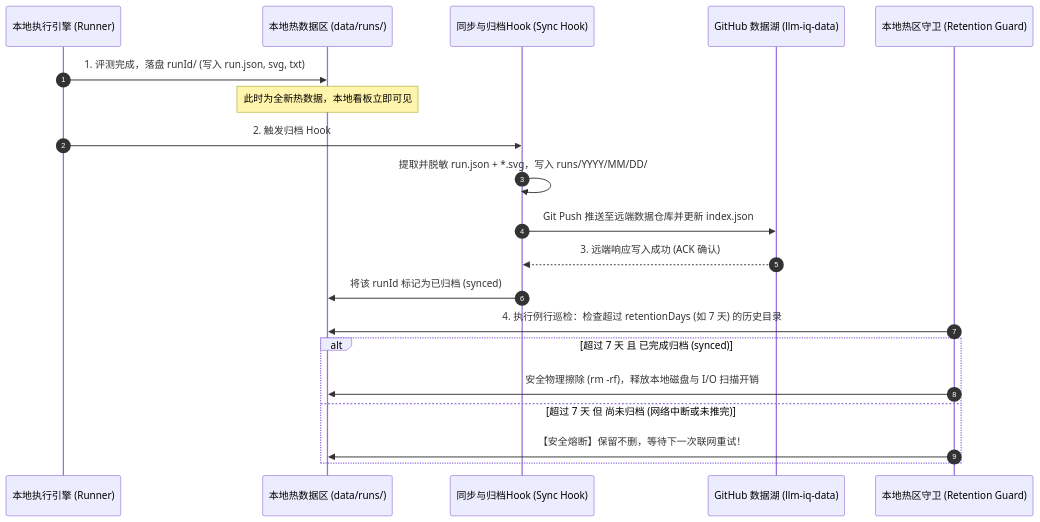
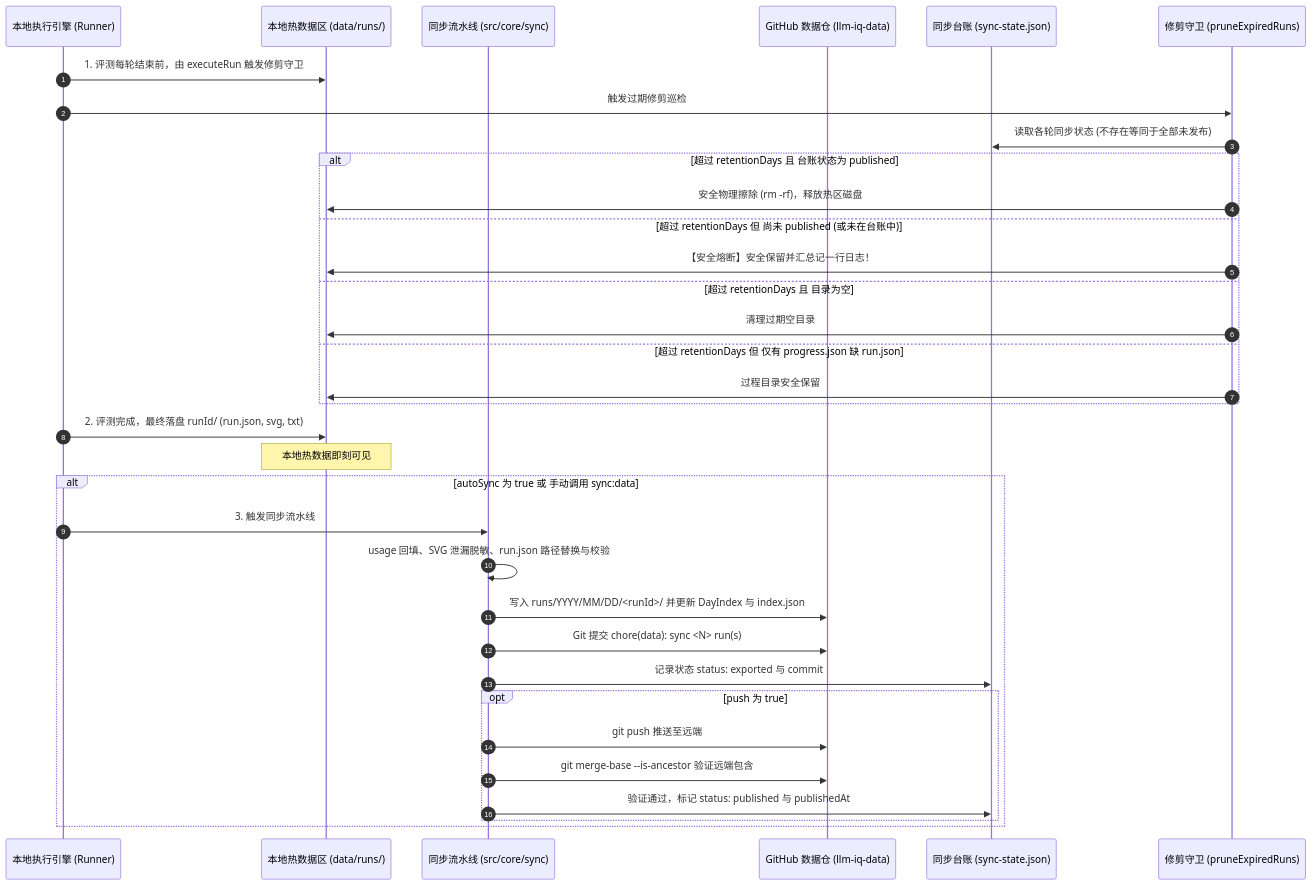
The second of 2 diagrams in docs/data-sync-architecture.md (meomeo-dev/llm-iq-dashboard), drawn with Mermaid before and after one commit. The commit also changed other lines of this file and 24 other files, not shown here.

````diff
--- a/docs/data-sync-architecture.md
+++ b/docs/data-sync-architecture.md
@@ -92,23 +92,37 @@
 ```mermaid
 sequenceDiagram
     autonumber
     participant Runner as 本地执行引擎 (Runner)
     participant HotDir as 本地热数据区 (data/runs/)
-    participant Hook as 同步与归档Hook (Sync Hook)
-    participant ColdRepo as GitHub 数据湖 (llm-iq-data)
-    participant Guard as 本地热区守卫 (Retention Guard)
+    participant Hook as 同步流水线 (src/core/sync)
+    participant ColdRepo as GitHub 数据仓 (llm-iq-data)
+    participant Ledger as 同步台账 (sync-state.json)
+    participant Guard as 修剪守卫 (pruneExpiredRuns)
 
-    Runner->>HotDir: 1. 评测完成，落盘 runId/ (写入 run.json, svg, txt)
-    Note over HotDir: 此时为全新热数据，本地看板立即可见
-    Runner->>Hook: 2. 触发归档 Hook
-    Hook->>Hook: 提取并脱敏 run.json + *.svg，写入 runs/YYYY/MM/DD/
-    Hook->>ColdRepo: Git Push 推送至远端数据仓库并更新 index.json
-    ColdRepo-->>Hook: 3. 远端响应写入成功 (ACK 确认)
-    Hook->>HotDir: 将该 runId 标记为已归档 (synced)
-    Guard->>HotDir: 4. 执行例行巡检：检查超过 retentionDays (如 7 天) 的历史目录
-    alt 超过 7 天 且 已完成归档 (synced)
-        Guard->>HotDir: 安全物理擦除 (rm -rf)，释放本地磁盘与 I/O 扫描开销
-    else 超过 7 天 但 尚未归档 (网络中断或未推完)
-        Guard->>HotDir: 【安全熔断】保留不删，等待下一次联网重试！
+    Runner->>HotDir: 1. 评测每轮结束前，由 executeRun 触发修剪守卫
+    Runner->>Guard: 触发过期修剪巡检
+    Guard->>Ledger: 读取各轮同步状态 (不存在等同于全部未发布)
+    alt 超过 retentionDays 且 台账状态为 published
+        Guard->>HotDir: 安全物理擦除 (rm -rf)，释放热区磁盘
+    else 超过 retentionDays 但 尚未 published (或未在台账中)
+        Guard->>HotDir: 【安全熔断】安全保留并汇总记一行日志！
+    else 超过 retentionDays 且 目录为空
+        Guard->>HotDir: 清理过期空目录
+    else 超过 retentionDays 但 仅有 progress.json 缺 run.json
+        Guard->>HotDir: 过程目录安全保留
+    end
+    Runner->>HotDir: 2. 评测完成，最终落盘 runId/ (run.json, svg, txt)
+    Note over HotDir: 本地热数据即刻可见
+    alt autoSync 为 true 或 手动调用 sync:data
+        Runner->>Hook: 3. 触发同步流水线
+        Hook->>Hook: usage 回填、SVG 泄漏脱敏、run.json 路径替换与校验
+        Hook->>ColdRepo: 写入 runs/YYYY/MM/DD/<runId>/ 并更新 DayIndex 与 index.json
+        Hook->>ColdRepo: Git 提交 chore(data): sync <N> run(s)
+        Hook->>Ledger: 记录状态 status: exported 与 commit
+        opt push 为 true
+            Hook->>ColdRepo: git push 推送至远端
+            Hook->>ColdRepo: git merge-base --is-ancestor 验证远端包含
+            Hook->>Ledger: 验证通过，标记 status: published 与 publishedAt
+        end
     end
 ```
````
